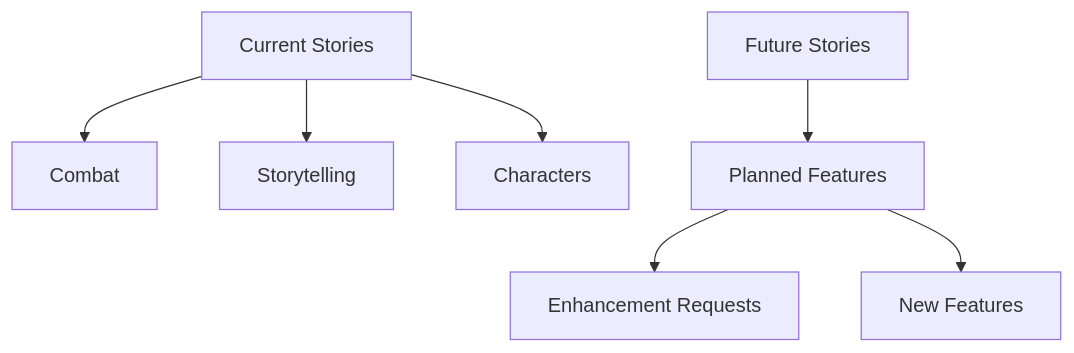
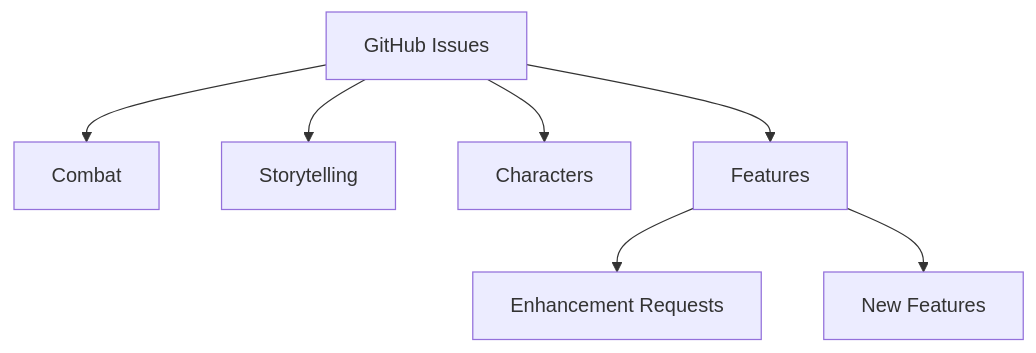
The diagram in Docs/planning/_index.md (jerseycheese/BootHillGM), drawn with Mermaid before and after one commit. The commit also changed other lines of this file and 17 other files, not shown here.

Commit message:
Moved issues/stories to Github.

````diff
--- a/Docs/planning/_index.md
+++ b/Docs/planning/_index.md
@@ -27,9 +25,9 @@
 ```mermaid
 graph TD
-    A[Current Stories] --> B[Combat]
+    A[GitHub Issues] --> B[Combat]
     A --> C[Storytelling]
     A --> D[Characters]
-    E[Future Stories] --> F[Planned Features]
+    A --> F[Features]
     F --> G[Enhancement Requests]
     F --> H[New Features]
 ```
````
